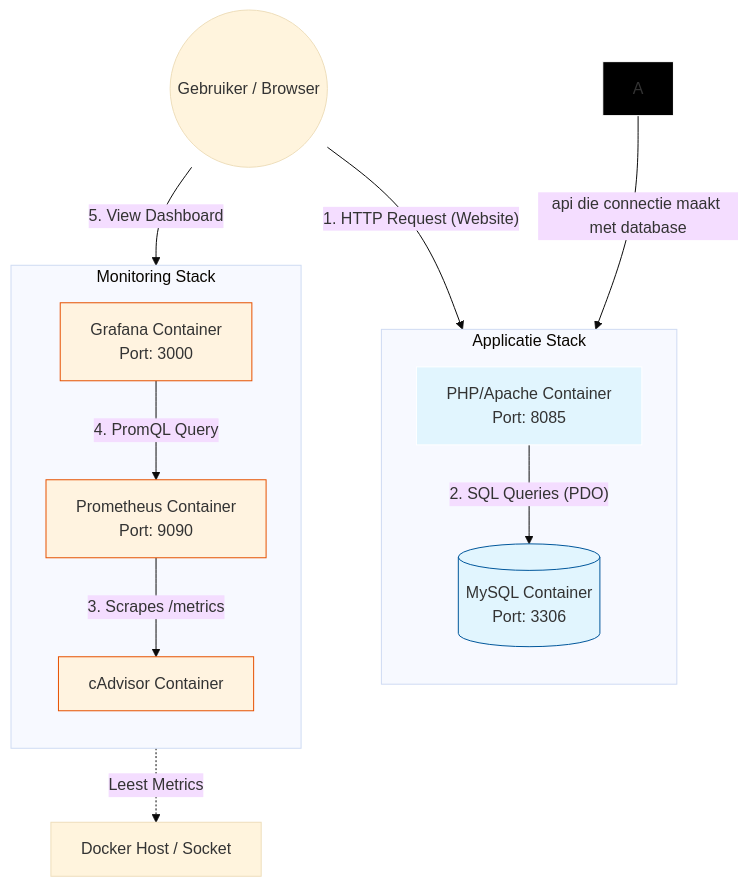
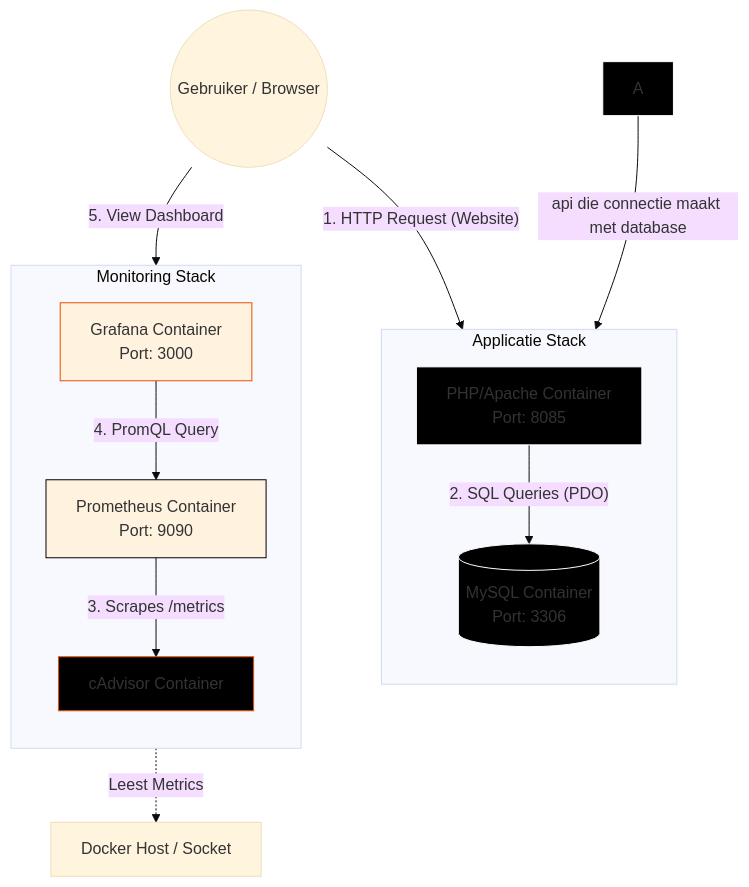
One commit to oguzhan6/jenkins-test changed the diagram in documentation.md. Above: the diagram before and after it, drawn with Mermaid (base theme). The commit also changed other lines of this file, not shown here.

````diff
--- a/documentation.md
+++ b/documentation.md
@@ -8,44 +8,44 @@
 ```mermaid
 graph TD
     %% Definieer de Gebruiker
     User((Gebruiker / Browser))
 
     %% Host Systeem
     Host[Docker Host / Socket]
 
     %% Groepering Applicatie
     subgraph AppStack [Applicatie Stack]
         direction TB
         PHP[PHP/Apache Container<br/>Port: 8085]
         MySQL[(MySQL Container<br/>Port: 3306)]
     end
 
     %% Groepering Monitoring
     subgraph MonStack [Monitoring Stack]
         direction TB
         cAdvisor[cAdvisor Container]
         Prometheus[Prometheus Container<br/>Port: 9090]
         Grafana[Grafana Container<br/>Port: 3000]
     end
 
     %% Data Flows - Applicatie
     User -- "1. HTTP Request (Website)" --> PHP
     A -- "api die connectie maakt met database" --> PHP
     PHP -- "2. SQL Queries (PDO)" --> MySQL
 
     %% Data Flows - Monitoring Verzameling
     cAdvisor -. "Leest Metrics" .-> Host
     Prometheus -- "3. Scrapes /metrics" --> cAdvisor
 
     %% Data Flows - Visualisatie
     User -- "5. View Dashboard" --> Grafana
     Grafana -- "4. PromQL Query" --> Prometheus
 
     %% Styling voor duidelijkheid
     style A fill:#000,stroke:#fff
-    style PHP fill:#e1f5fe,stroke:#fff
-    style MySQL fill:#e1f5fe,stroke:#01579b
-    style cAdvisor fill:#fff3e0,stroke:#e65100
-    style Prometheus fill:#fff3e0,stroke:#e65100
+    style PHP fill:#000,stroke:#fff
+    style MySQL fill:#000,stroke:#fff
+    style cAdvisor fill:#000,stroke:#e65100
+    style Prometheus fill:#fff3e0,stroke:#000
     style Grafana fill:#fff3e0,stroke:#e65100
 ```
````
